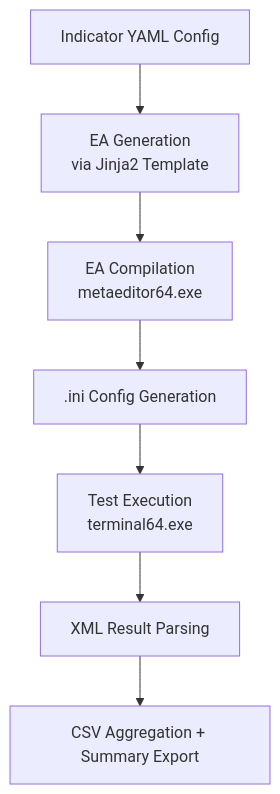
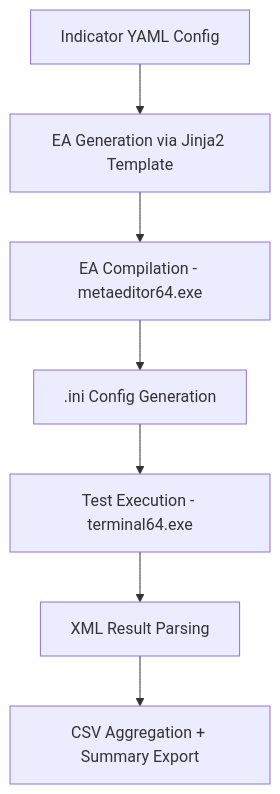
One commit to xMattC/mt5-strategy-factory changed the diagram in README.md. Above: the diagram before and after it, drawn with Mermaid. The commit also changed other lines of this file, not shown here.

````diff
--- a/README.md
+++ b/README.md
@@ -34,9 +34,9 @@
 ```mermaid
 flowchart TD
-    A[Indicator YAML Config] --> B[EA Generation<br/>via Jinja2 Template]
-    B --> C[EA Compilation<br/>metaeditor64.exe]
+    A[Indicator YAML Config] --> B[EA Generation via Jinja2 Template]
+    B --> C[EA Compilation - metaeditor64.exe]
     C --> D[.ini Config Generation]
-    D --> E[Test Execution<br/>terminal64.exe]
+    D --> E[Test Execution - terminal64.exe]
     E --> F[XML Result Parsing]
     F --> G[CSV Aggregation + Summary Export]
 ```
````
